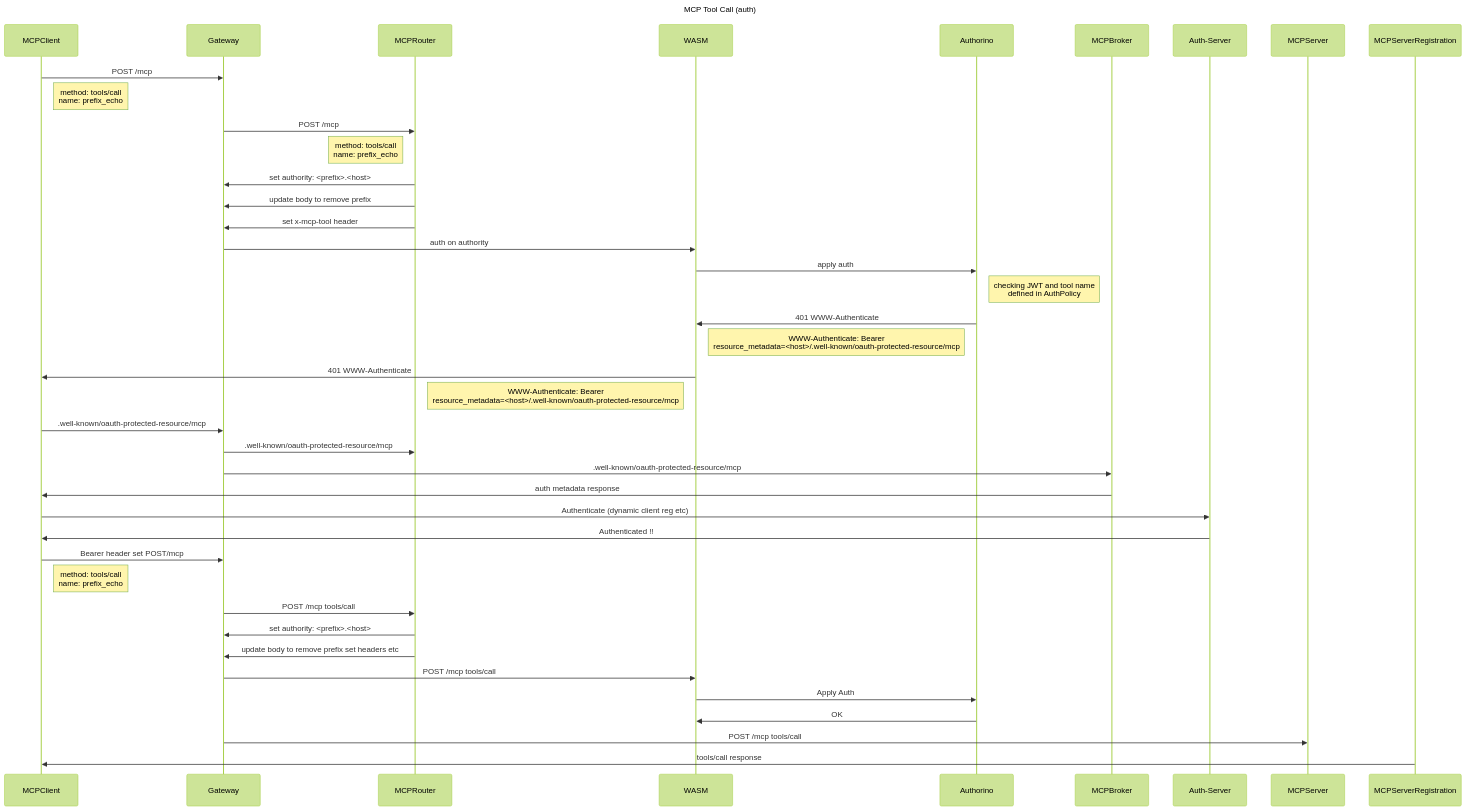
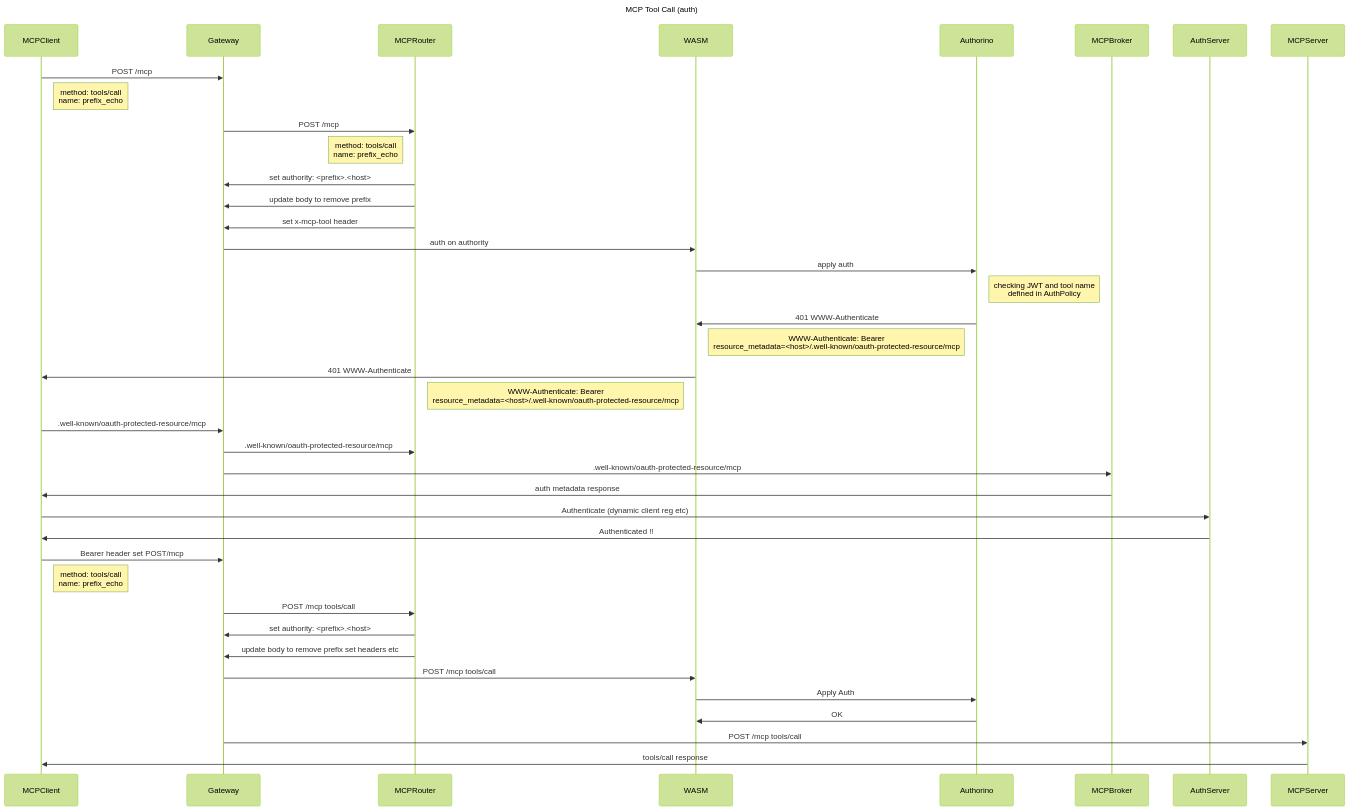
Before and after one commit to esnible/mcp-gateway: the seventh of 7 diagrams in docs/design/flows.md, drawn with Mermaid (forest theme). The commit also changed other lines of this file, not shown here.

Commit message:
add some more simplified flow diagrams

````diff
--- a/docs/design/flows.md
+++ b/docs/design/flows.md
@@ -104,34 +176,34 @@
 ```mermaid
 sequenceDiagram
         title MCP Tool Call (auth)
-        MCPClient->>Gateway: POST /mcp 
+        MCPClient->>Gateway: POST /mcp
         note right of MCPClient: method: tools/call <br/> name: prefix_echo
         Gateway->>MCPRouter: POST /mcp
         note left of MCPRouter: method: tools/call <br/> name: prefix_echo
         MCPRouter->>Gateway: set authority: <prefix>.<host>
-        MCPRouter->>Gateway: update body to remove prefix 
-        MCPRouter->>Gateway: set x-mcp-tool header 
+        MCPRouter->>Gateway: update body to remove prefix
+        MCPRouter->>Gateway: set x-mcp-tool header
         Gateway->>WASM: auth on authority
-        WASM->>Authorino: apply auth 
+        WASM->>Authorino: apply auth
         note right of Authorino: checking JWT and tool name <br/> defined in AuthPolicy
-        Authorino->>WASM: 401 WWW-Authenticate 
+        Authorino->>WASM: 401 WWW-Authenticate
         note left of Authorino: WWW-Authenticate: Bearer <br/> resource_metadata=<host>/.well-known/oauth-protected-resource/mcp
-        WASM->>MCPClient: 401 WWW-Authenticate 
+        WASM->>MCPClient: 401 WWW-Authenticate
         note left of WASM: WWW-Authenticate: Bearer <br/> resource_metadata=<host>/.well-known/oauth-protected-resource/mcp
         MCPClient->>Gateway: .well-known/oauth-protected-resource/mcp
         Gateway->>MCPRouter: .well-known/oauth-protected-resource/mcp
         Gateway->>MCPBroker: .well-known/oauth-protected-resource/mcp
         MCPBroker->>MCPClient: auth metadata response
-        MCPClient->>Auth-Server: Authenticate (dynamic client reg etc) 
-        Auth-Server->>MCPClient: Authenticated !!
+        MCPClient->>AuthServer: Authenticate (dynamic client reg etc)
+        AuthServer->>MCPClient: Authenticated !!
         MCPClient->>Gateway: Bearer header set POST/mcp
         note right of MCPClient: method: tools/call <br/> name: prefix_echo
         Gateway->>MCPRouter: POST /mcp tools/call
         MCPRouter->>Gateway: set authority: <prefix>.<host>
         MCPRouter->>Gateway: update body to remove prefix set headers etc
         Gateway->>WASM: POST /mcp tools/call
         WASM->>Authorino: Apply Auth
         Authorino->>WASM: OK
         Gateway->>MCPServer: POST /mcp tools/call
-        MCPServerRegistration->>MCPClient: tools/call response
-```        
+        MCPServer->>MCPClient: tools/call response
+```
````
